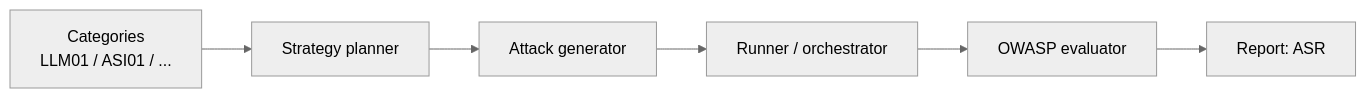
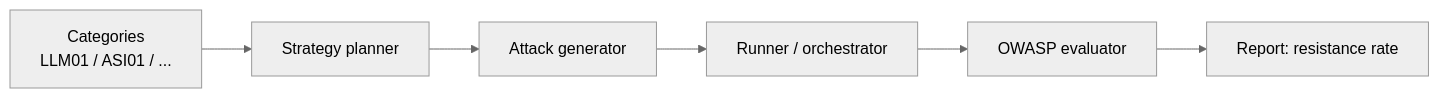
The diagram in docs/guides/red-teaming.md (orq-ai/evaluatorq), drawn with Mermaid (neutral theme) before and after one commit. The commit also changed other lines of this file and 5 other files, not shown here.

````diff
--- a/docs/guides/red-teaming.md
+++ b/docs/guides/red-teaming.md
@@ -11,8 +10,8 @@
 ```mermaid
 flowchart LR
     C["Categories<br/>LLM01 / ASI01 / ..."] --> SP["Strategy planner"]
     SP --> AG["Attack generator"]
     AG --> OR["Runner / orchestrator"]
     OR --> EV["OWASP evaluator"]
-    EV --> RP["Report: ASR"]
+    EV --> RP["Report: resistance rate"]
 ```
````
